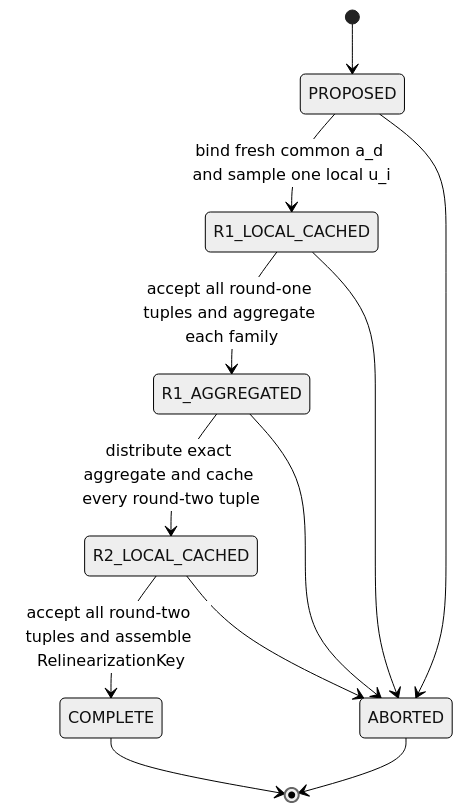
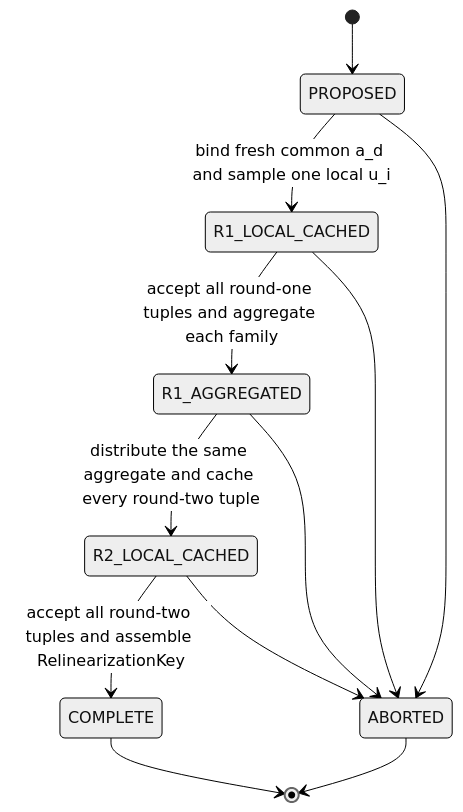
Before and after one commit to visualDust/fhelium: the second of 2 diagrams in docs/how-to/use-multiparty-ckks.md, drawn with Mermaid (neutral theme). The commit also changed other lines of this file and 222 other files, not shown here.

````diff
--- a/docs/how-to/use-multiparty-ckks.md
+++ b/docs/how-to/use-multiparty-ckks.md
@@ -187,14 +189,14 @@
 ```mermaid
 stateDiagram-v2
     [*] --> PROPOSED
     PROPOSED --> R1_LOCAL_CACHED: bind fresh common a_d and sample one local u_i
     R1_LOCAL_CACHED --> R1_AGGREGATED: accept all round-one tuples and aggregate each family
-    R1_AGGREGATED --> R2_LOCAL_CACHED: distribute exact aggregate and cache every round-two tuple
+    R1_AGGREGATED --> R2_LOCAL_CACHED: distribute the same aggregate and cache every round-two tuple
     R2_LOCAL_CACHED --> COMPLETE: accept all round-two tuples and assemble RelinearizationKey
     PROPOSED --> ABORTED
     R1_LOCAL_CACHED --> ABORTED
     R1_AGGREGATED --> ABORTED
     R2_LOCAL_CACHED --> ABORTED
     COMPLETE --> [*]
     ABORTED --> [*]
 ```
````
